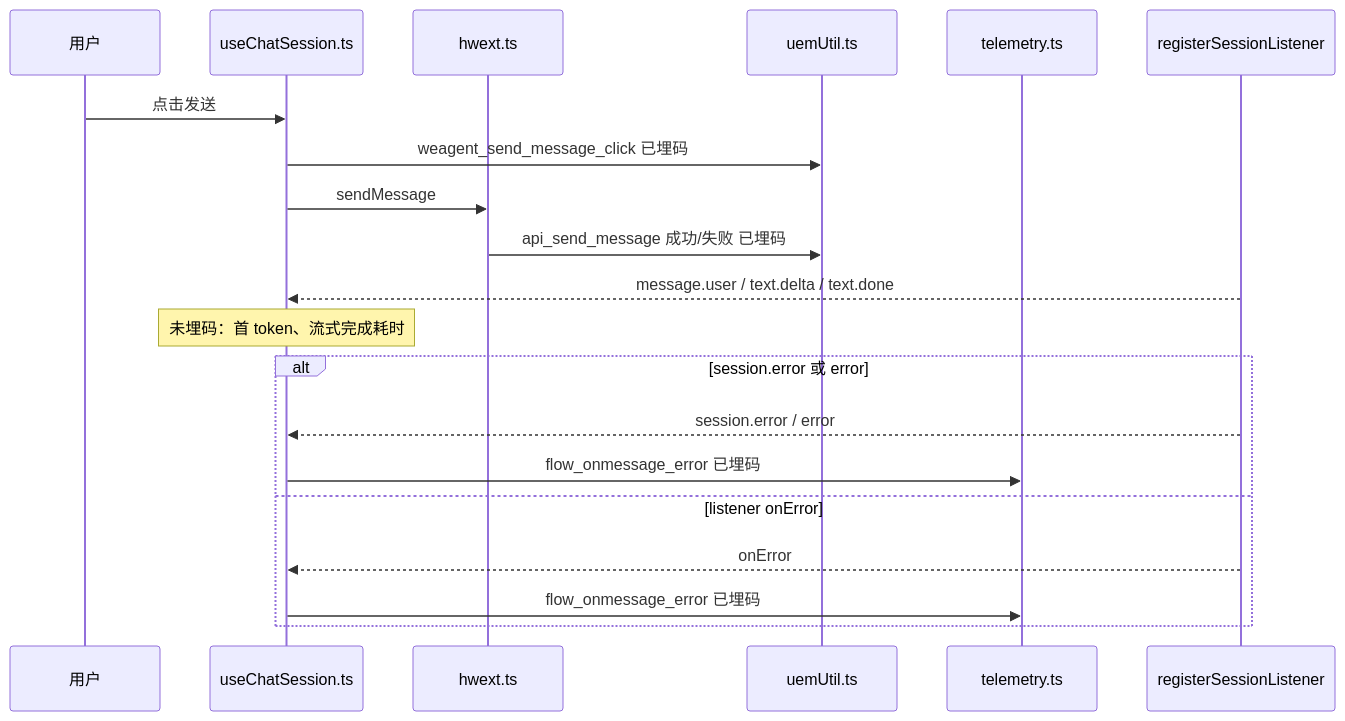
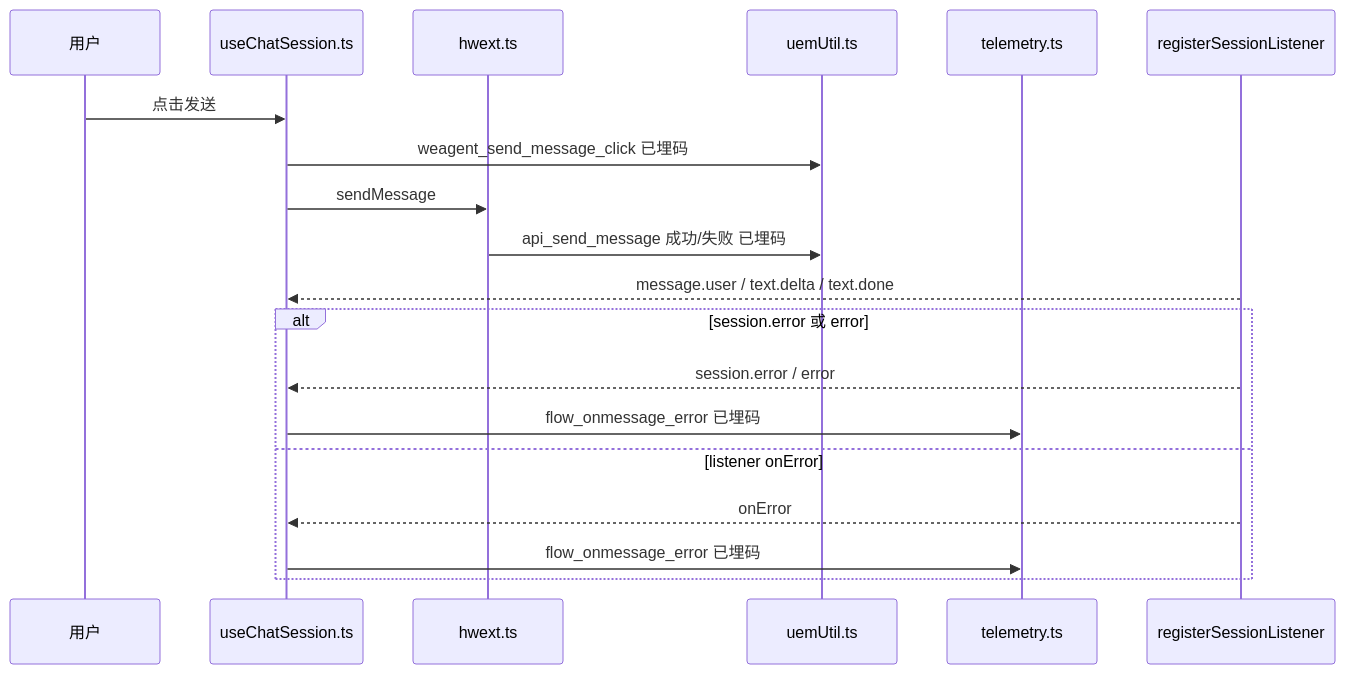
Before and after one commit to Abelsjcheng/skillSDK: the third of 5 diagrams in ai-chat-viewer/docs/plans/2026-06-11-ai-chat-viewer-telemetry-inventory-plan.md, drawn with Mermaid. The commit also changed other lines of this file and 1 other file, not shown here.

````diff
--- a/ai-chat-viewer/docs/plans/2026-06-11-ai-chat-viewer-telemetry-inventory-plan.md
+++ b/ai-chat-viewer/docs/plans/2026-06-11-ai-chat-viewer-telemetry-inventory-plan.md
@@ -100,23 +100,22 @@
 ```mermaid
 sequenceDiagram
     participant User as 用户
     participant Hook as useChatSession.ts
     participant SDK as hwext.ts
     participant Uem as uemUtil.ts
     participant Telemetry as telemetry.ts
     participant Listener as registerSessionListener
 
     User->>Hook: 点击发送
     Hook->>Uem: weagent_send_message_click 已埋码
     Hook->>SDK: sendMessage
     SDK->>Uem: api_send_message 成功/失败 已埋码
     Listener-->>Hook: message.user / text.delta / text.done
-    Note over Hook: 未埋码：首 token、流式完成耗时
     alt session.error 或 error
         Listener-->>Hook: session.error / error
         Hook->>Telemetry: flow_onmessage_error 已埋码
     else listener onError
         Listener-->>Hook: onError
         Hook->>Telemetry: flow_onmessage_error 已埋码
     end
 ```
````
